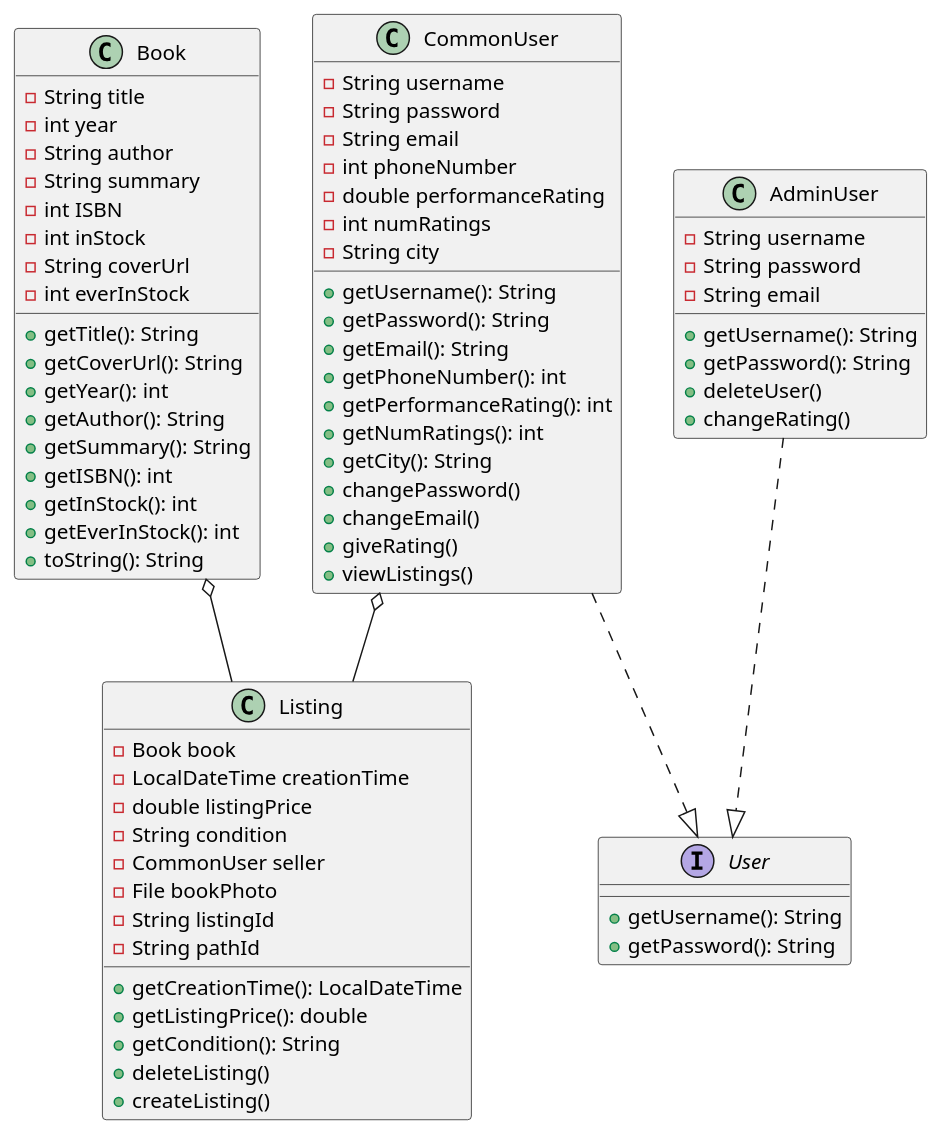
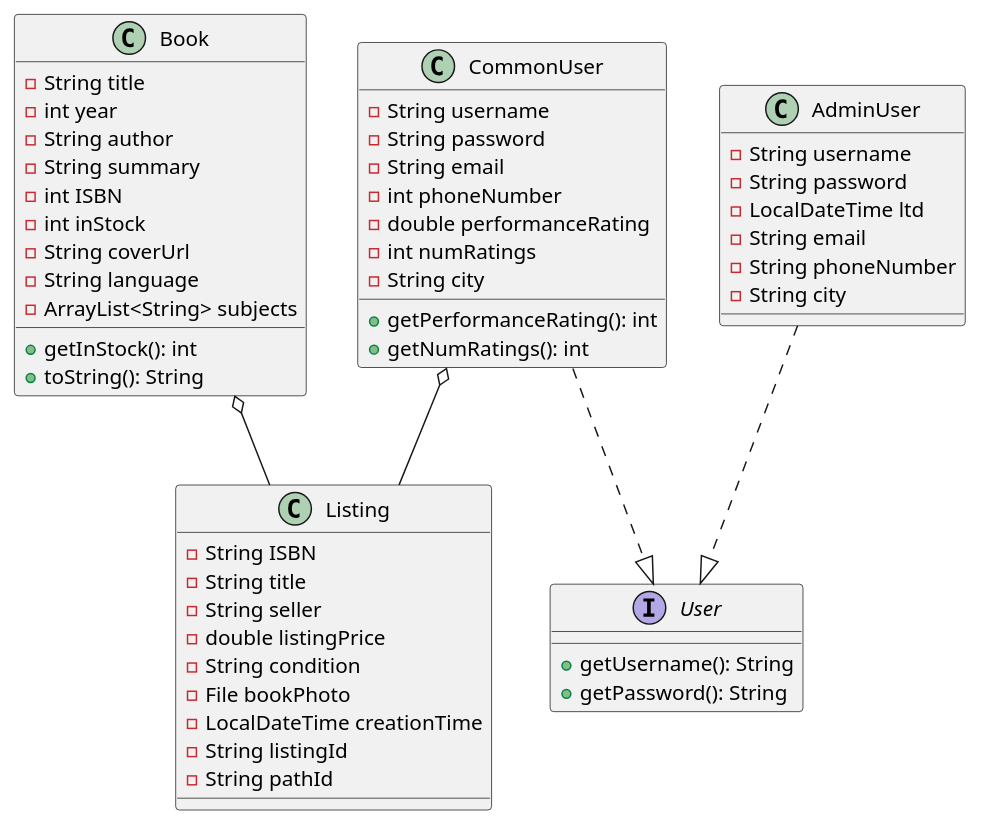
One commit to Nourdles/CSC207-project changed the diagram in src/UML Class Diagram.puml. Above: the diagram before and after it, drawn with PlantUML.

Commit message:
Changes my mind - should have 2 factories

```diff
--- a/src/UML Class Diagram.puml
+++ b/src/UML Class Diagram.puml
@@ -1,88 +1,68 @@
 @startuml
 'https://plantuml.com/class-diagram
 
 
 class Listing {
--Book book
--LocalDateTime creationTime
+-String ISBN
+-String title
+-String seller
 -double listingPrice
 -String condition
--CommonUser seller
 -File bookPhoto
+-LocalDateTime creationTime
 -String listingId
 -String pathId
 
-+getCreationTime(): LocalDateTime
-+getListingPrice(): double
-+getCondition(): String
-+deleteListing()
-+createListing()
 }
 
 class AdminUser {
 -String username
 -String password
+-LocalDateTime ltd
 -String email
+-String phoneNumber
+-String city
 
-+getUsername(): String
-+getPassword(): String
-+deleteUser()
-+changeRating()
 }
 
 class CommonUser {
 -String username
 -String password
 -String email
 -int phoneNumber
 -double performanceRating
 -int numRatings
 -String city
 
-+getUsername(): String
-+getPassword(): String
-+getEmail(): String
-+getPhoneNumber(): int
 +getPerformanceRating(): int
 +getNumRatings(): int
-+getCity(): String
-+changePassword()
-+changeEmail()
-+giveRating()
-+viewListings()
 
 }
 
 class Book {
 -String title
 -int year
 -String author
 -String summary
 -int ISBN
 -int inStock
 -String coverUrl
--int everInStock
+-String language
+-ArrayList<String> subjects
 
-+getTitle(): String
-+getCoverUrl(): String
-+getYear(): int
-+getAuthor(): String
-+getSummary(): String
-+getISBN(): int
 +getInStock(): int
-+getEverInStock(): int
 +toString(): String
 }
 
 interface User {
 +getUsername(): String
 +getPassword(): String
 }
 
 CommonUser ..|> User
 AdminUser ..|> User
 Book o-- Listing
 CommonUser o-- Listing
 
 
 @enduml
```
